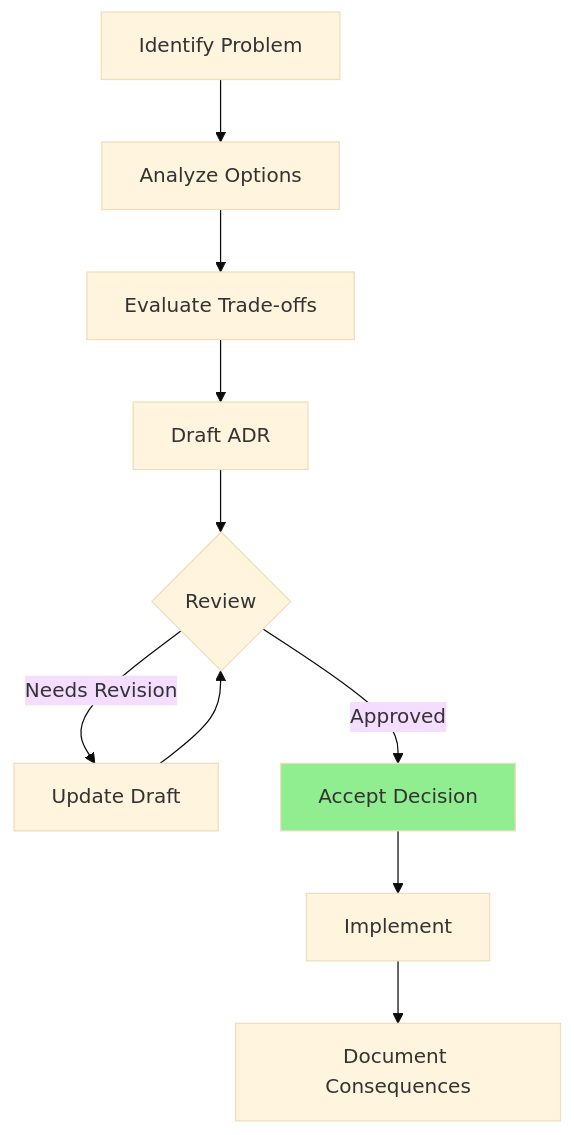
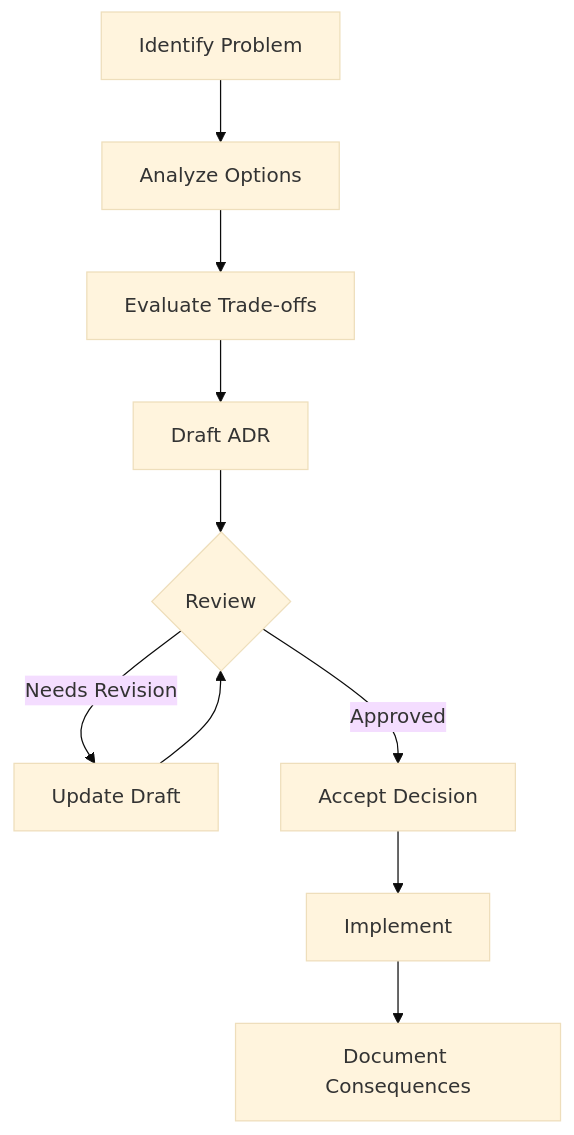
One commit to open-genomics/fq-compressor-rust changed the diagram in docs/en/architecture/decisions/index.md. Above: the diagram before and after it, drawn with Mermaid (base theme). The commit also changed 23 other files, not shown here.

````diff
--- a/docs/en/architecture/decisions/index.md
+++ b/docs/en/architecture/decisions/index.md
@@ -25,14 +25,13 @@
 ```mermaid
 flowchart TD
     A[Identify Problem] --> B[Analyze Options]
     B --> C[Evaluate Trade-offs]
     C --> D[Draft ADR]
     D --> E{Review}
     E -->|Needs Revision| F[Update Draft]
     F --> E
     E -->|Approved| G[Accept Decision]
     G --> H[Implement]
     H --> I[Document Consequences]
     
-    style G fill:#90EE90
 ```
````
